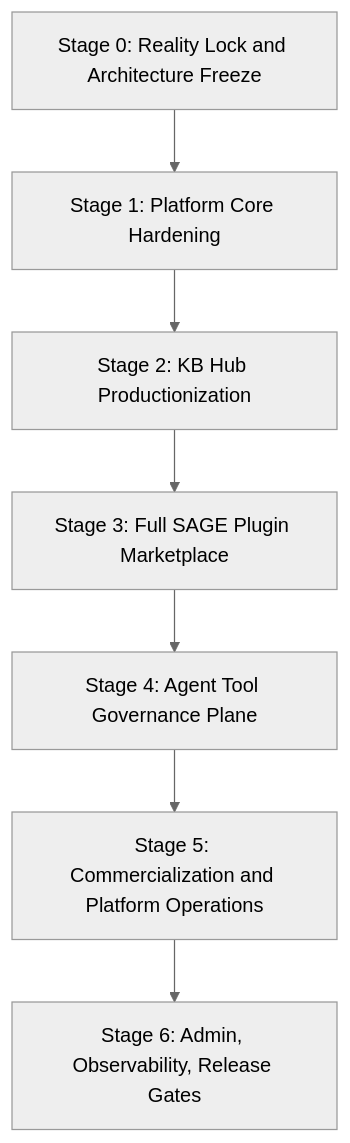
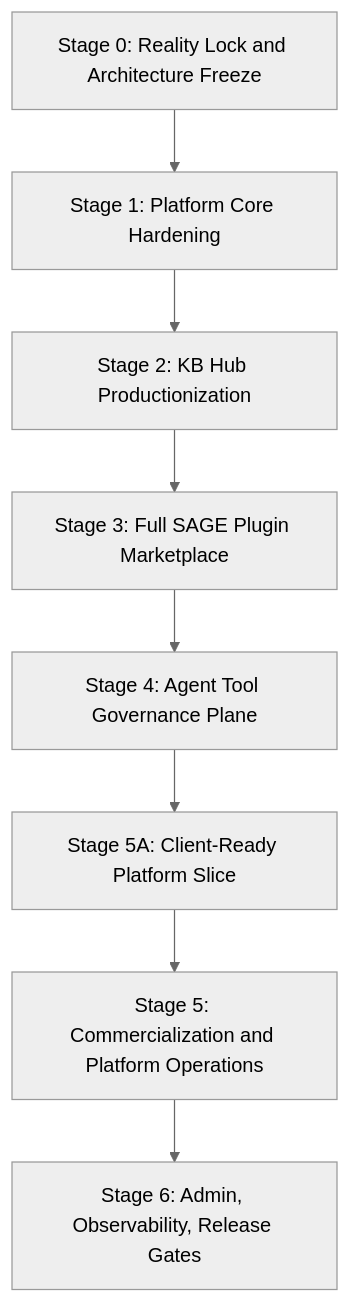
One commit to duanshiwen/agent-os-backend changed the diagram in docs/platform-roadmap.md. Above: the diagram before and after it, drawn with Mermaid (neutral theme). The commit also changed other lines of this file and 7 other files, not shown here.

First line of the commit message:
feat: start stage 5a client-ready platform slice

````diff
--- a/docs/platform-roadmap.md
+++ b/docs/platform-roadmap.md
@@ -55,9 +55,10 @@
 ```mermaid
 graph TD
     S0[Stage 0: Reality Lock and Architecture Freeze] --> S1[Stage 1: Platform Core Hardening]
     S1 --> S2[Stage 2: KB Hub Productionization]
     S2 --> S3[Stage 3: Full SAGE Plugin Marketplace]
     S3 --> S4[Stage 4: Agent Tool Governance Plane]
-    S4 --> S5[Stage 5: Commercialization and Platform Operations]
+    S4 --> S5A[Stage 5A: Client-Ready Platform Slice]
+    S5A --> S5[Stage 5: Commercialization and Platform Operations]
     S5 --> S6[Stage 6: Admin, Observability, Release Gates]
 ```
````
